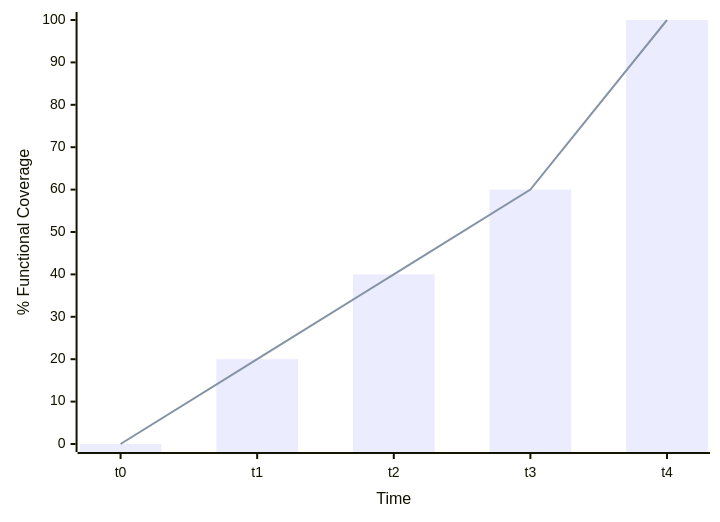
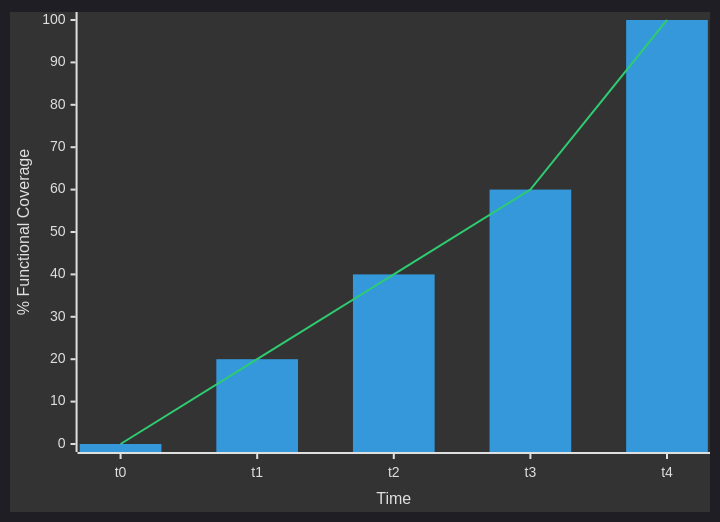
The diagram in docs/source/requirements/coverage_schedule.rst (roajonny/common), drawn with Mermaid before and after one commit. The commit also changed 1 other file, not shown here.

Commit message:
Updates coverage schedule chart and SoW diagram to dark mode

```diff
--- a/docs/source/requirements/coverage_schedule.rst
+++ b/docs/source/requirements/coverage_schedule.rst
@@ -4,7 +4,8 @@
 .. mermaid::
 
+   %%{init: {'theme':'dark'}}%%
    xychart-beta
-   x-axis "Time" [t0, t1, t2, t3, t4]
-   y-axis "% Functional Coverage" 0 --> 100
-   bar [0, 20, 40, 60, 100]
-   line [0, 20, 40, 60, 100]
+       x-axis "Time" [t0, t1, t2, t3, t4]
+       y-axis "% Functional Coverage" 0 --> 100
+       bar [0, 20, 40, 60, 100]
+       line [0, 20, 40, 60, 100]
```
